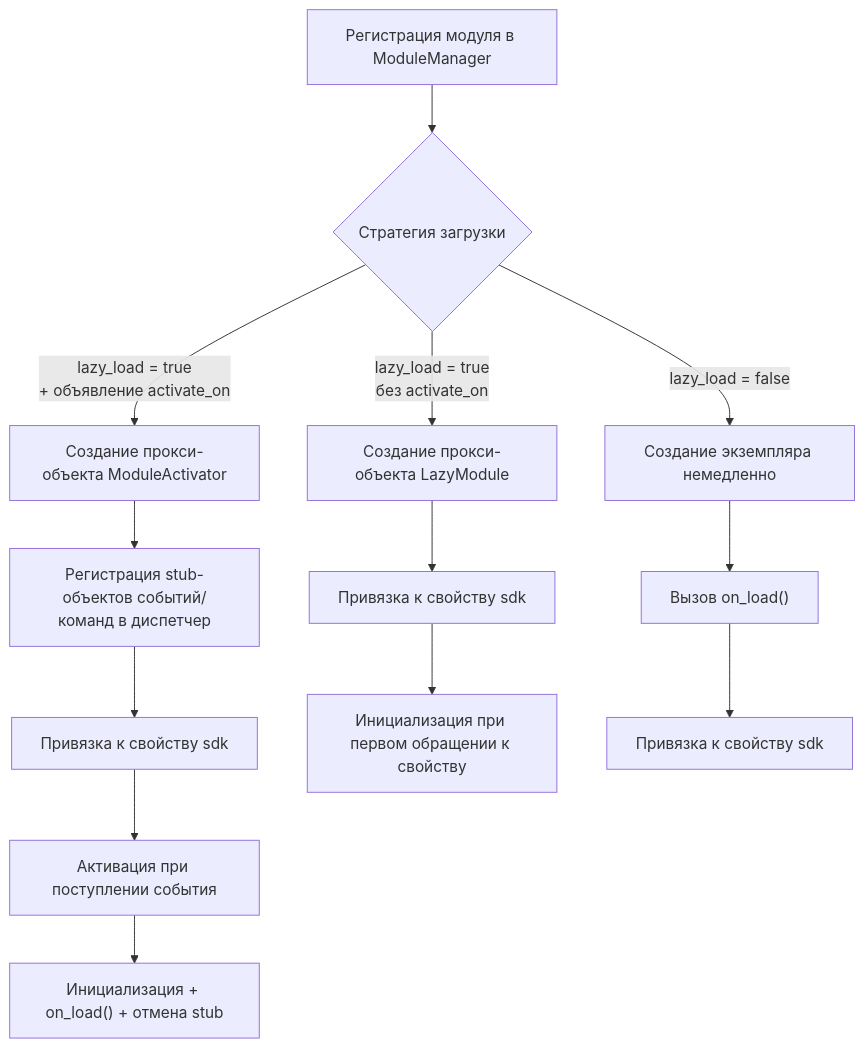
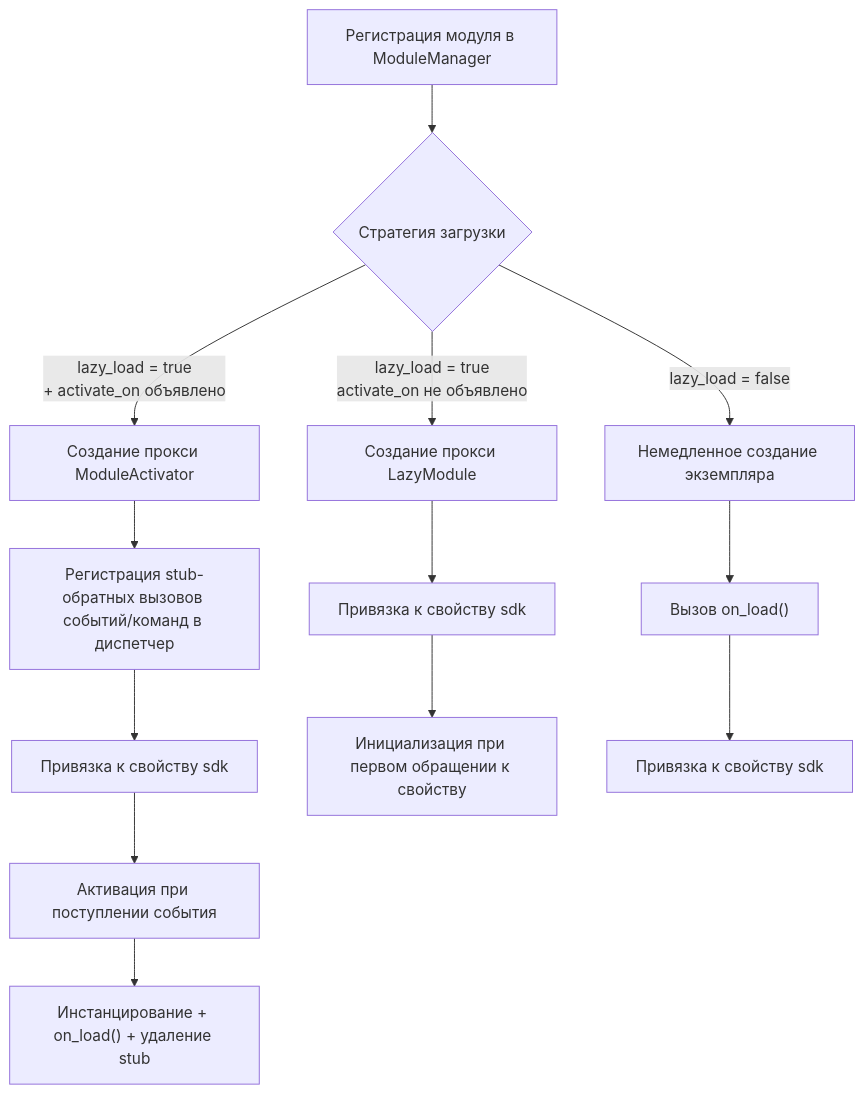
Before and after one commit to ErisPulse/ErisPulse: the sixth of 9 diagrams in docs/ru/architecture.md, drawn with Mermaid. The commit also changed other lines of this file and 299 other files, not shown here.

````diff
--- a/docs/ru/architecture.md
+++ b/docs/ru/architecture.md
@@ -199,15 +196,15 @@
 ```mermaid
 flowchart TD
     A["Регистрация модуля в ModuleManager"] --> B{"Стратегия загрузки"}
-    B -->|"lazy_load = true<br/>+ объявление activate_on"| C["Создание прокси-объекта ModuleActivator"]
-    B -->|"lazy_load = true<br/>без activate_on"| D["Создание прокси-объекта LazyModule"]
-    B -->|"lazy_load = false"| E["Создание экземпляра немедленно"]
-    C --> F["Регистрация stub-объектов событий/команд в диспетчер"]
+    B -->|"lazy_load = true<br/>+ activate_on объявлено"| C["Создание прокси ModuleActivator"]
+    B -->|"lazy_load = true<br/>activate_on не объявлено"| D["Создание прокси LazyModule"]
+    B -->|"lazy_load = false"| E["Немедленное создание экземпляра"]
+    C --> F["Регистрация stub-обратных вызовов событий/команд в диспетчер"]
     F --> G["Привязка к свойству sdk"]
     G --> H["Активация при поступлении события"]
-    H --> I["Инициализация + on_load() + отмена stub"]
+    H --> I["Инстанцирование + on_load() + удаление stub"]
     D --> J["Привязка к свойству sdk"]
     J --> K["Инициализация при первом обращении к свойству"]
     E --> L["Вызов on_load()"]
     L --> M["Привязка к свойству sdk"]
 ```
````
